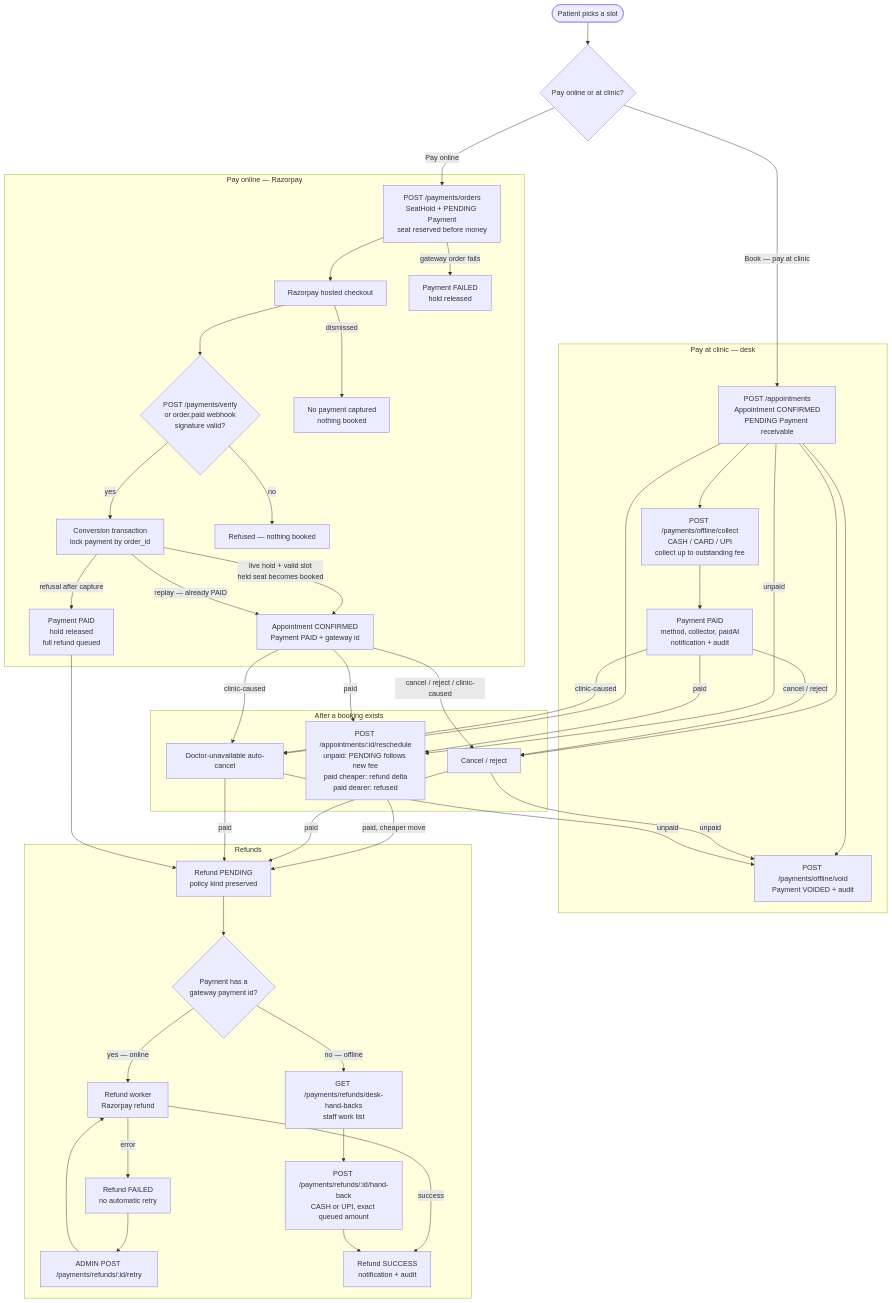
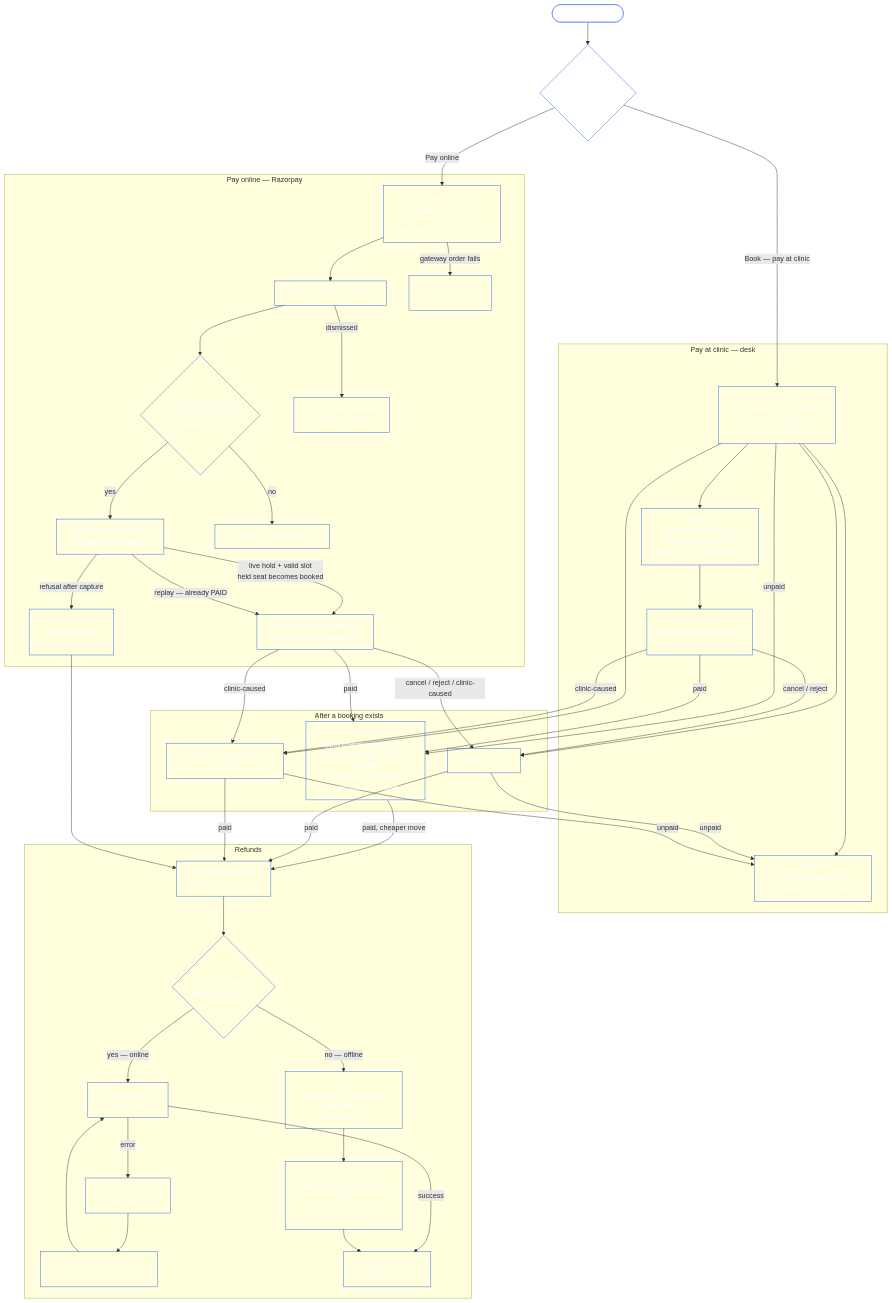
One commit to AbiDev2003/doctor-booking changed the fifth of 7 diagrams in README.md. Above: the diagram before and after it, drawn with Mermaid. The commit also changed other lines of this file, not shown here.

Commit message:
docs: use blue borders for flowcharts

````diff
--- a/README.md
+++ b/README.md
@@ -238,74 +241,77 @@
 ```mermaid
 flowchart TD
     PATIENT(["Patient picks a slot"]) --> CHOICE{"Pay online or at clinic?"}
 
     subgraph CLINIC["Pay at clinic — desk"]
         BOOK["POST /appointments<br/>Appointment CONFIRMED<br/>PENDING Payment receivable"]
         COLLECT["POST /payments/offline/collect<br/>CASH / CARD / UPI<br/>collect up to outstanding fee"]
         PAID_OFFLINE["Payment PAID<br/>method, collector, paidAt<br/>notification + audit"]
         VOID["POST /payments/offline/void<br/>Payment VOIDED + audit"]
         BOOK --> COLLECT --> PAID_OFFLINE
         BOOK --> VOID
     end
 
     subgraph ONLINE["Pay online — Razorpay"]
         ORDER["POST /payments/orders<br/>SeatHold + PENDING Payment<br/>seat reserved before money"]
         CHECKOUT["Razorpay hosted checkout"]
         EDGE{"POST /payments/verify<br/>or order.paid webhook<br/>signature valid?"}
         CONVERT["Conversion transaction<br/>lock payment by order_id"]
         PAID_ONLINE["Appointment CONFIRMED<br/>Payment PAID + gateway id"]
         LATE["Payment PAID<br/>hold released<br/>full refund queued"]
         ORDER --> CHECKOUT --> EDGE
         CHECKOUT -->|"dismissed"| DISMISSED["No payment captured<br/>nothing booked"]
         EDGE -->|"no"| REFUSED["Refused — nothing booked"]
         EDGE -->|"yes"| CONVERT
         CONVERT -->|"live hold + valid slot<br/>held seat becomes booked"| PAID_ONLINE
         CONVERT -->|"refusal after capture"| LATE
         CONVERT -->|"replay — already PAID"| PAID_ONLINE
         ORDER -->|"gateway order fails"| ORDER_FAILED["Payment FAILED<br/>hold released"]
     end
 
     subgraph LIFECYCLE["After a booking exists"]
         RESCHED["POST /appointments/:id/reschedule<br/>unpaid: PENDING follows new fee<br/>paid cheaper: refund delta<br/>paid dearer: refused"]
         CANCEL["Cancel / reject"]
         AUTO["Doctor-unavailable auto-cancel"]
     end
 
     subgraph REFUNDS["Refunds"]
         QUEUE["Refund PENDING<br/>policy kind preserved"]
         KIND{"Payment has a<br/>gateway payment id?"}
         WORKER["Refund worker<br/>Razorpay refund"]
         FAILED["Refund FAILED<br/>no automatic retry"]
         RETRY["ADMIN POST /payments/refunds/:id/retry"]
         DESKQ["GET /payments/refunds/desk-hand-backs<br/>staff work list"]
         HAND["POST /payments/refunds/:id/hand-back<br/>CASH or UPI, exact queued amount"]
         DONE["Refund SUCCESS<br/>notification + audit"]
         QUEUE --> KIND
         KIND -->|"yes — online"| WORKER
         WORKER -->|"success"| DONE
         WORKER -->|"error"| FAILED
         FAILED --> RETRY --> WORKER
         KIND -->|"no — offline"| DESKQ --> HAND --> DONE
     end
 
     CHOICE -->|"Book — pay at clinic"| BOOK
     CHOICE -->|"Pay online"| ORDER
 
     BOOK --> CANCEL
     BOOK --> AUTO
     PAID_ONLINE -->|"cancel / reject / clinic-caused"| CANCEL
     PAID_ONLINE -->|"clinic-caused"| AUTO
     PAID_OFFLINE -->|"cancel / reject"| CANCEL
     PAID_OFFLINE -->|"clinic-caused"| AUTO
 
     BOOK -->|"unpaid"| RESCHED
     PAID_ONLINE -->|"paid"| RESCHED
     PAID_OFFLINE -->|"paid"| RESCHED
     RESCHED -->|"paid, cheaper move"| QUEUE
 
     CANCEL -->|"unpaid"| VOID
     AUTO -->|"unpaid"| VOID
     CANCEL -->|"paid"| QUEUE
     AUTO -->|"paid"| QUEUE
     LATE --> QUEUE
+
+    classDef stage fill:transparent,stroke:#2563eb,stroke-width:1px,color:#fff
+    class PATIENT,CHOICE,BOOK,COLLECT,PAID_OFFLINE,VOID,ORDER,CHECKOUT,EDGE,CONVERT,PAID_ONLINE,LATE,DISMISSED,REFUSED,ORDER_FAILED,RESCHED,CANCEL,AUTO,QUEUE,KIND,WORKER,FAILED,RETRY,DESKQ,HAND,DONE stage
 ```
````
